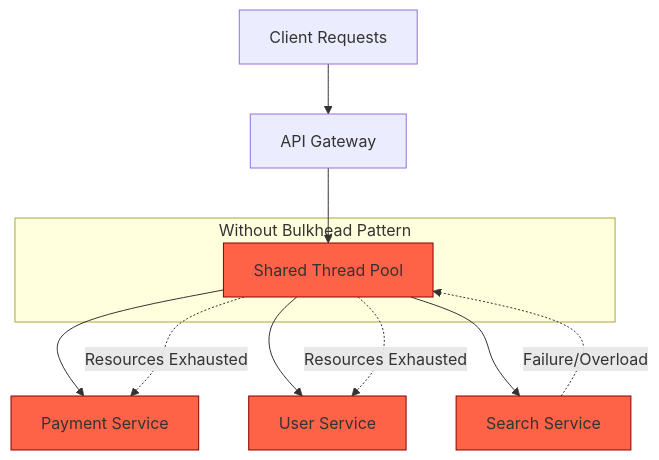
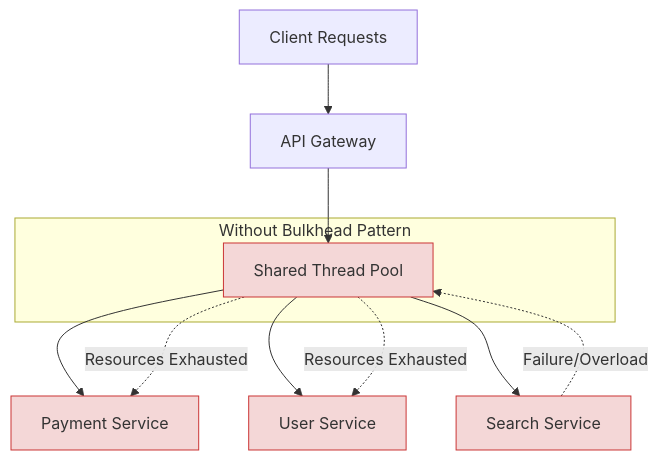
The fifth of 6 diagrams in docs/api-guidelines/performance-reliability-monitoring/resilience.md (ukhsa-collaboration/standards-api), drawn with Mermaid before and after one commit. The commit also changed other lines of this file and 1 other file, not shown here.

First line of the commit message:
docs: use GOV.UK colours in caching and resilience diagrams

````diff
--- a/docs/api-guidelines/performance-reliability-monitoring/resilience.md
+++ b/docs/api-guidelines/performance-reliability-monitoring/resilience.md
@@ -307,25 +307,25 @@
 ```mermaid
 graph TD
     Client[Client Requests] --> API[API Gateway]
     
     API --> Pool[Shared Thread Pool]
     
     Pool --> Service1[Payment Service]
     Pool --> Service2[User Service]
     Pool --> Service3[Search Service]
     
     Service3 -. "Failure/Overload" .-> Pool
     Pool -. "Resources Exhausted" .-> Service1
     Pool -. "Resources Exhausted" .-> Service2
     
     subgraph "Without Bulkhead Pattern"
         Pool
     end
     
-    classDef overloaded fill:#FF6347,stroke:#8B0000;
+    classDef overloaded fill:#f4d7d7,stroke:#ca3535;
     class Pool,Service1,Service2,Service3 overloaded
     
     %% Note: When Search Service fails,
     %% it consumes all available resources in the shared pool,
     %% causing Payment and User services to suffer as well
 ```
````
